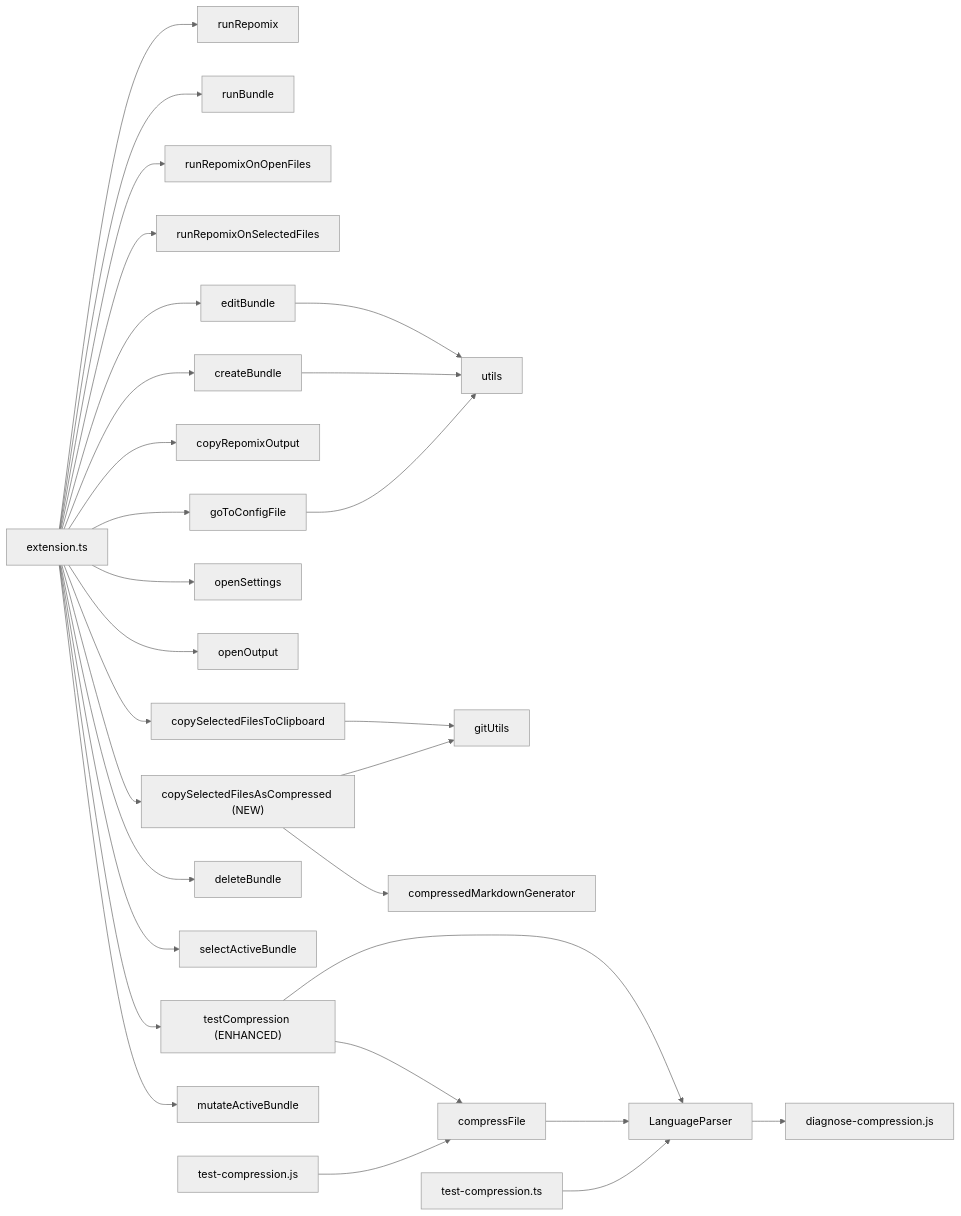
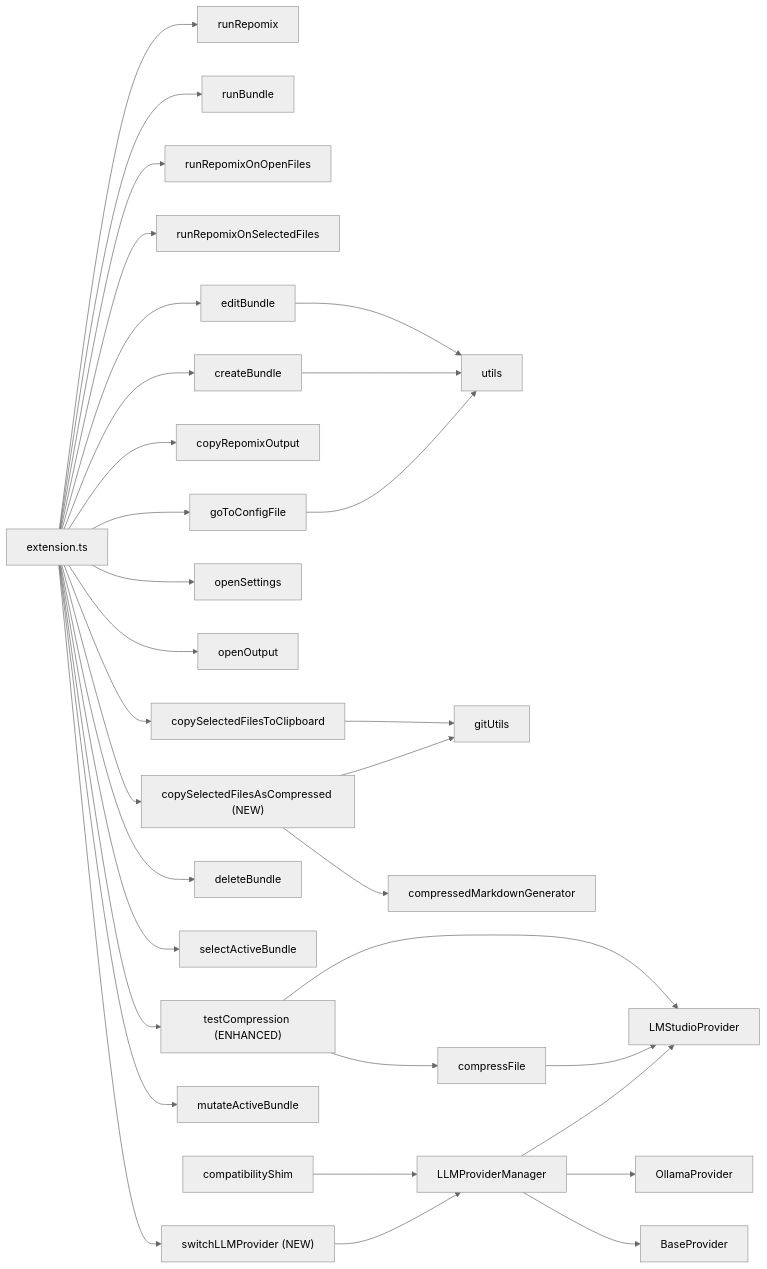
One commit to bramburn/repomix-runner changed the seventh of 7 diagrams in .qoder/repowiki/en/content/Command System/Command System.md. Above: the diagram before and after it, drawn with Mermaid (neutral theme). The commit also changed other lines of this file and 41 other files, not shown here.

````diff
--- a/.qoder/repowiki/en/content/Command System/Command System.md
+++ b/.qoder/repowiki/en/content/Command System/Command System.md
@@ -635,31 +729,34 @@
 ```mermaid
 graph LR
 EXT["extension.ts"] --> R["runRepomix"]
 EXT --> RB["runBundle"]
 EXT --> ROF["runRepomixOnOpenFiles"]
 EXT --> RSF["runRepomixOnSelectedFiles"]
 EXT --> CCF["copySelectedFilesToClipboard"]
 EXT --> CCS["copySelectedFilesAsCompressed (NEW)"]
 EXT --> CRO["copyRepomixOutput"]
 EXT --> TC["testCompression (ENHANCED)"]
 EXT --> OS["openSettings"]
 EXT --> OO["openOutput"]
 EXT --> CB["createBundle"]
 EXT --> EB["editBundle"]
 EXT --> DB["deleteBundle"]
 EXT --> SAB["selectActiveBundle"]
 EXT --> GCF["goToConfigFile"]
 EXT --> MAB["mutateActiveBundle"]
+EXT --> SWITCH["switchLLMProvider (NEW)"]
 EB --> U["utils"]
 CB --> U
 GCF --> U
 CCF --> GU["gitUtils"]
 CCS --> GU
 CCS --> CMG["compressedMarkdownGenerator"]
 TC --> CF["compressFile"]
 TC --> LP["LanguageParser"]
 CF --> LP
-LP --> DIAG["diagnose-compression.js"]
-TST["test-compression.ts"] --> LP
-TJS["test-compression.js"] --> CF
+LPM["LLMProviderManager"] --> OP["OllamaProvider"]
+LPM --> LP["LMStudioProvider"]
+LPM --> BP["BaseProvider"]
+CS["compatibilityShim"] --> LPM
+SWITCH --> LPM
 ```
````
